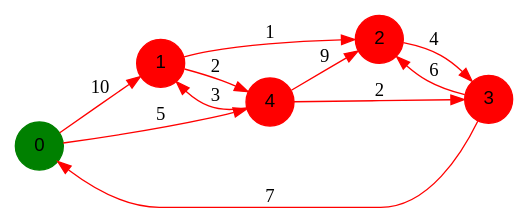
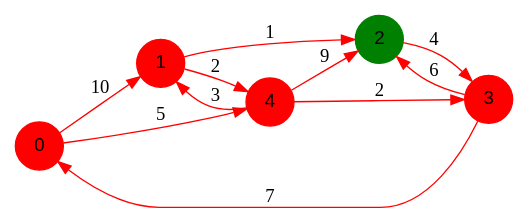
Before and after one commit to benech17/Shortest-Path: the diagram in programme1/output/dotFiles/graph3/graph3_4.dot, drawn with Graphviz. The commit also changed 22 other files, not shown here.

```diff
--- a/programme1/output/dotFiles/graph3/graph3_4.dot
+++ b/programme1/output/dotFiles/graph3/graph3_4.dot
@@ -1,19 +1,19 @@
 digraph graphe {
 rankdir = LR;
 edge [color=red];
-0 [fontname="Arial", shape = circle, color=green, style=filled];
+0 [fontname="Arial", shape = circle, color=red, style=filled];
 1 [fontname="Arial", shape = circle, color=red, style=filled];
-2 [fontname="Arial", shape = circle, color=red, style=filled];
+2 [fontname="Arial", shape = circle, color=green, style=filled];
 3 [fontname="Arial", shape = circle, color=red, style=filled];
 4 [fontname="Arial", shape = circle, color=red, style=filled];
 	0 -> 1 [label = "10"];
 	0 -> 4 [label = "5"];
 	1 -> 2 [label = "1"];
 	1 -> 4 [label = "2"];
 	2 -> 3 [label = "4"];
 	3 -> 0 [label = "7"];
 	3 -> 2 [label = "6"];
 	4 -> 1 [label = "3"];
 	4 -> 2 [label = "9"];
 	4 -> 3 [label = "2"];
 }
```
